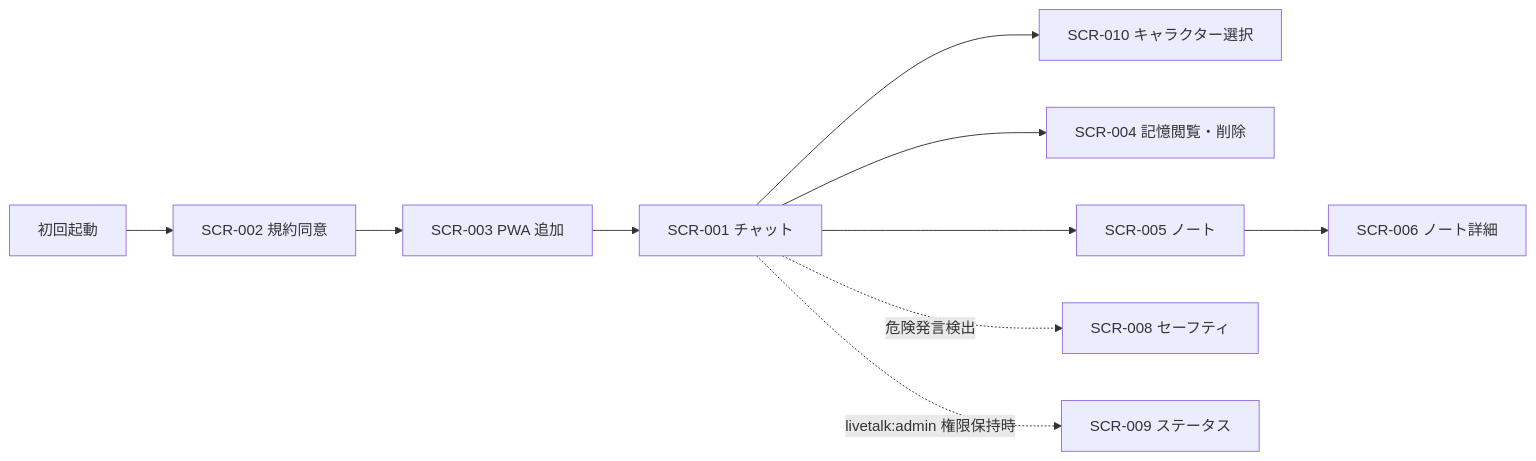
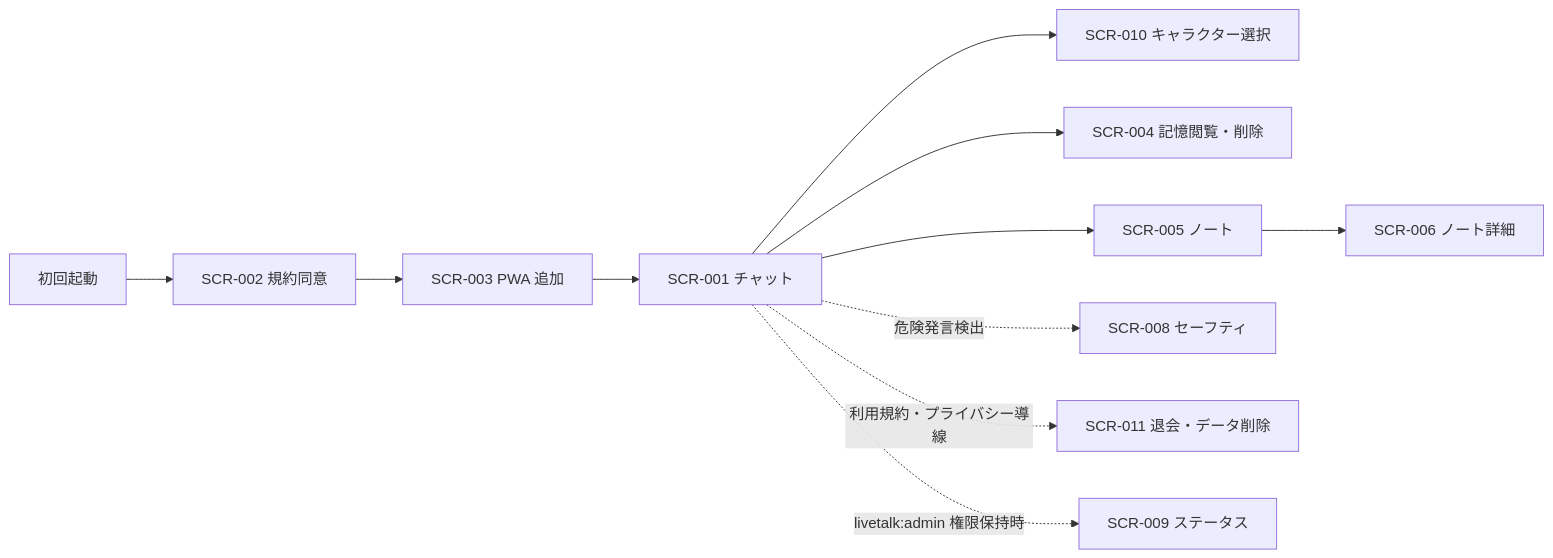
The first of 2 diagrams in docs/services/livetalk/external-design.md (nagiyu/nagiyu-platform), drawn with Mermaid before and after one commit. The commit also changed other lines of this file and 3 other files, not shown here.

````diff
--- a/docs/services/livetalk/external-design.md
+++ b/docs/services/livetalk/external-design.md
@@ -22,12 +23,13 @@
 ```mermaid
 graph LR
     Start[初回起動] --> Terms[SCR-002 規約同意]
     Terms --> Install[SCR-003 PWA 追加]
     Install --> Chat[SCR-001 チャット]
     Chat --> CharSelect[SCR-010 キャラクター選択]
     Chat --> Memory[SCR-004 記憶閲覧・削除]
     Chat --> Notes[SCR-005 ノート]
     Notes --> NoteDetail[SCR-006 ノート詳細]
     Chat -.危険発言検出.-> Safety[SCR-008 セーフティ]
+    Chat -.利用規約・プライバシー導線.-> Withdraw[SCR-011 退会・データ削除]
     Chat -.livetalk:admin 権限保持時.-> Status[SCR-009 ステータス]
 ```
````
